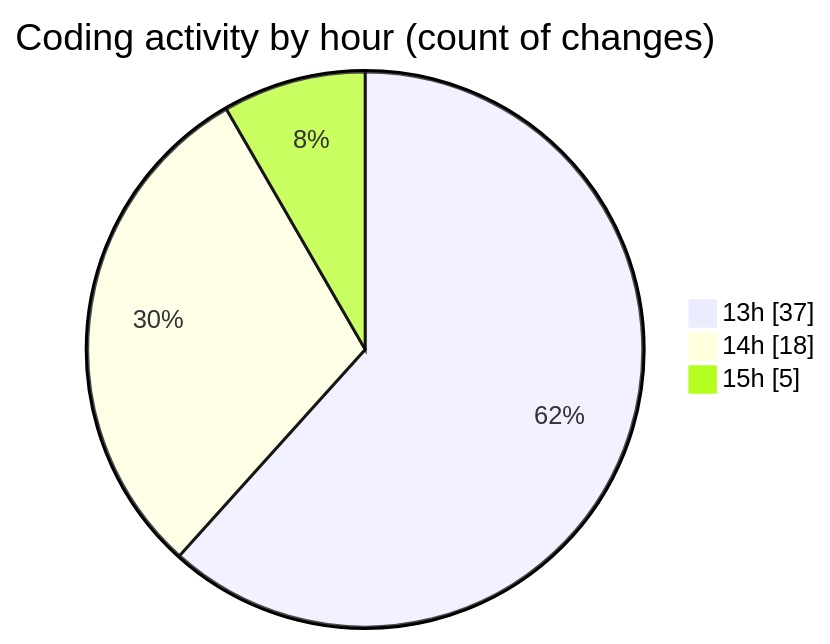
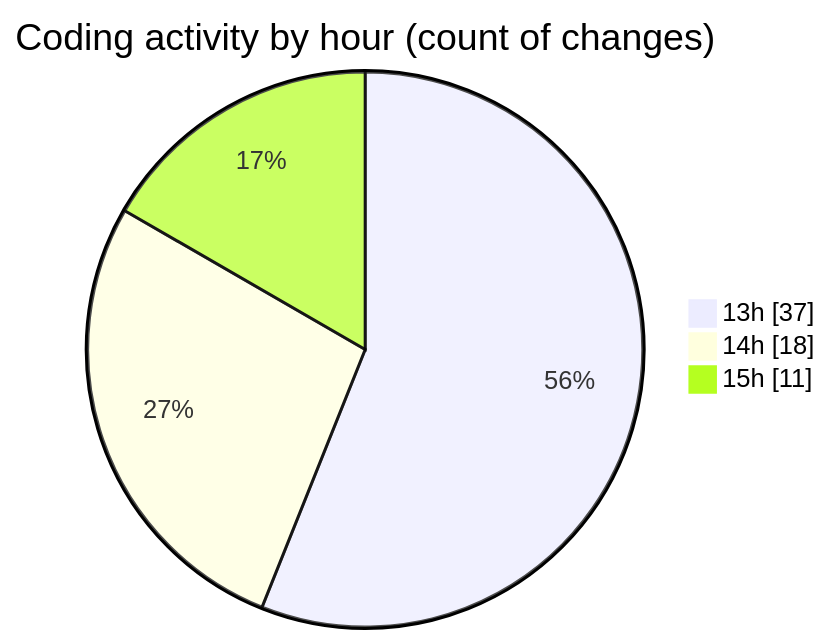
One commit to Unknowalive/code-tracking changed the second of 2 diagrams in 2026-04-11/scripting_workshop/README.md. Above: the diagram before and after it, drawn with Mermaid. The commit also changed other lines of this file and 1 other file, not shown here.

````diff
--- a/2026-04-11/scripting_workshop/README.md
+++ b/2026-04-11/scripting_workshop/README.md
@@ -63,7 +63,7 @@
 ```mermaid
 pie showData
 title Coding activity by hour (count of changes)
 "13h" : 37
 "14h" : 18
-"15h" : 5
+"15h" : 11
 ```
````
